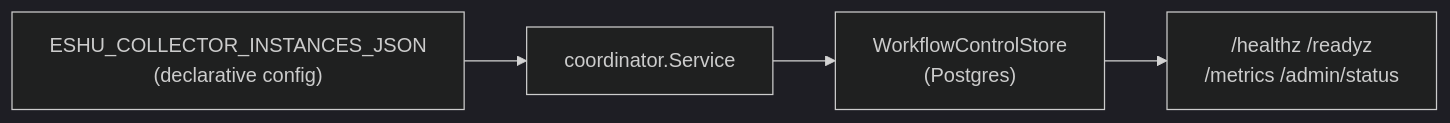
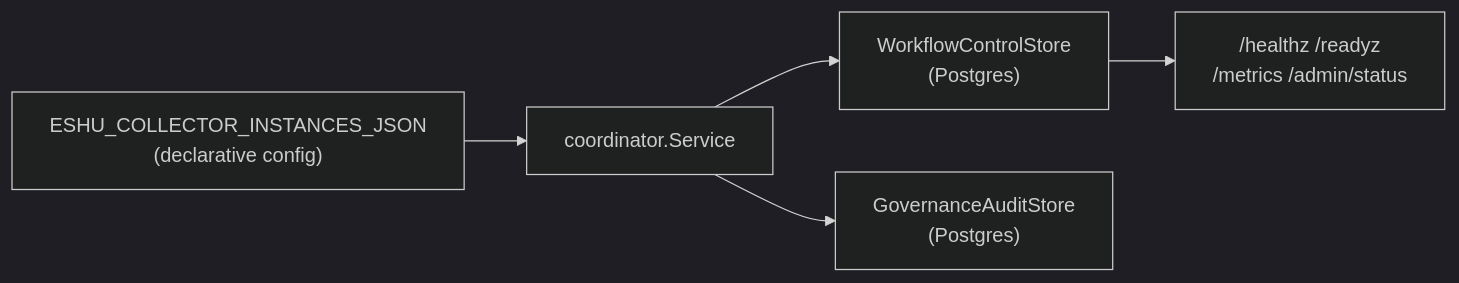
One commit to eshu-hq/eshu changed the first of 2 diagrams in go/cmd/workflow-coordinator/README.md. Above: the diagram before and after it, drawn with Mermaid (dark theme). The commit also changed other lines of this file and 16 other files, not shown here.

Commit message:
Record egress decisions in governance audit

````diff
--- a/go/cmd/workflow-coordinator/README.md
+++ b/go/cmd/workflow-coordinator/README.md
@@ -16,6 +16,7 @@
 ```mermaid
 flowchart LR
   CFG["ESHU_COLLECTOR_INSTANCES_JSON\n(declarative config)"] --> SVC["coordinator.Service"]
   SVC --> WCS["WorkflowControlStore\n(Postgres)"]
+  SVC --> AUD["GovernanceAuditStore\n(Postgres)"]
   WCS --> ADM["/healthz /readyz\n/metrics /admin/status"]
 ```
````
